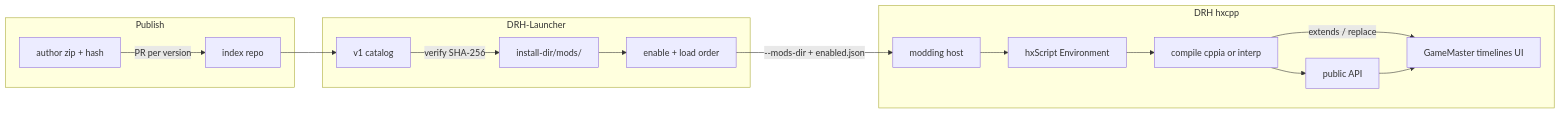
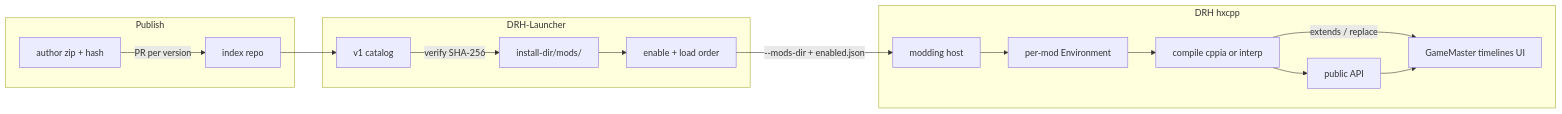
The diagram in docs/modding.md (Tutez64/Dungeon-Rampage-Haxe), drawn with Mermaid before and after one commit. The commit also changed other lines of this file, not shown here.

First line of the commit message:
Isolate each mod in its own hxScript Environment.

````diff
--- a/docs/modding.md
+++ b/docs/modding.md
@@ -49,29 +50,29 @@
 ```mermaid
 flowchart LR
   subgraph publish [Publish]
     author["author zip + hash"]
     index["index repo"]
   end
   subgraph launcher [DRH-Launcher]
     catalog["v1 catalog"]
     modsDir["install-dir/mods/"]
     enabled["enable + load order"]
   end
   subgraph game [DRH hxcpp]
     host["modding host"]
-    hxscript["hxScript Environment"]
+    hxscript["per-mod Environment"]
     cppia["compile cppia or interp"]
     api["public API"]
     gameCore["GameMaster timelines UI"]
   end
   author -->|"PR per version"| index
   index --> catalog
   catalog -->|"verify SHA-256"| modsDir
   modsDir --> enabled
   enabled -->|"--mods-dir + enabled.json"| host
   host --> hxscript
   hxscript --> cppia
   cppia --> api
   cppia -->|"extends / replace"| gameCore
   api --> gameCore
 ```
````
